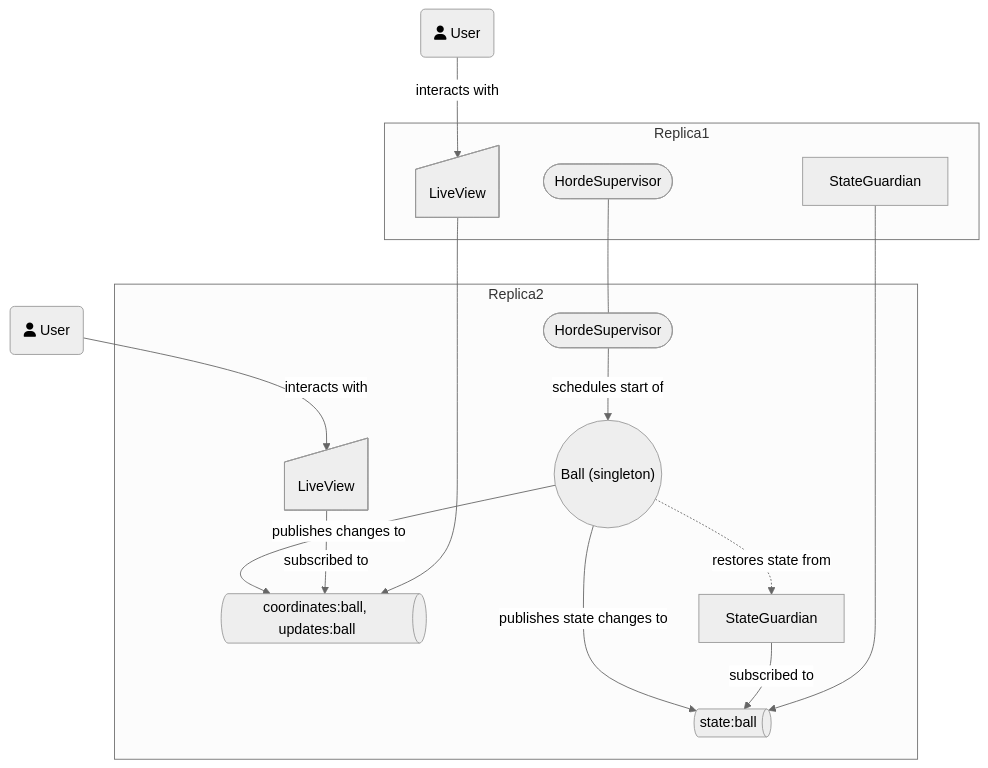
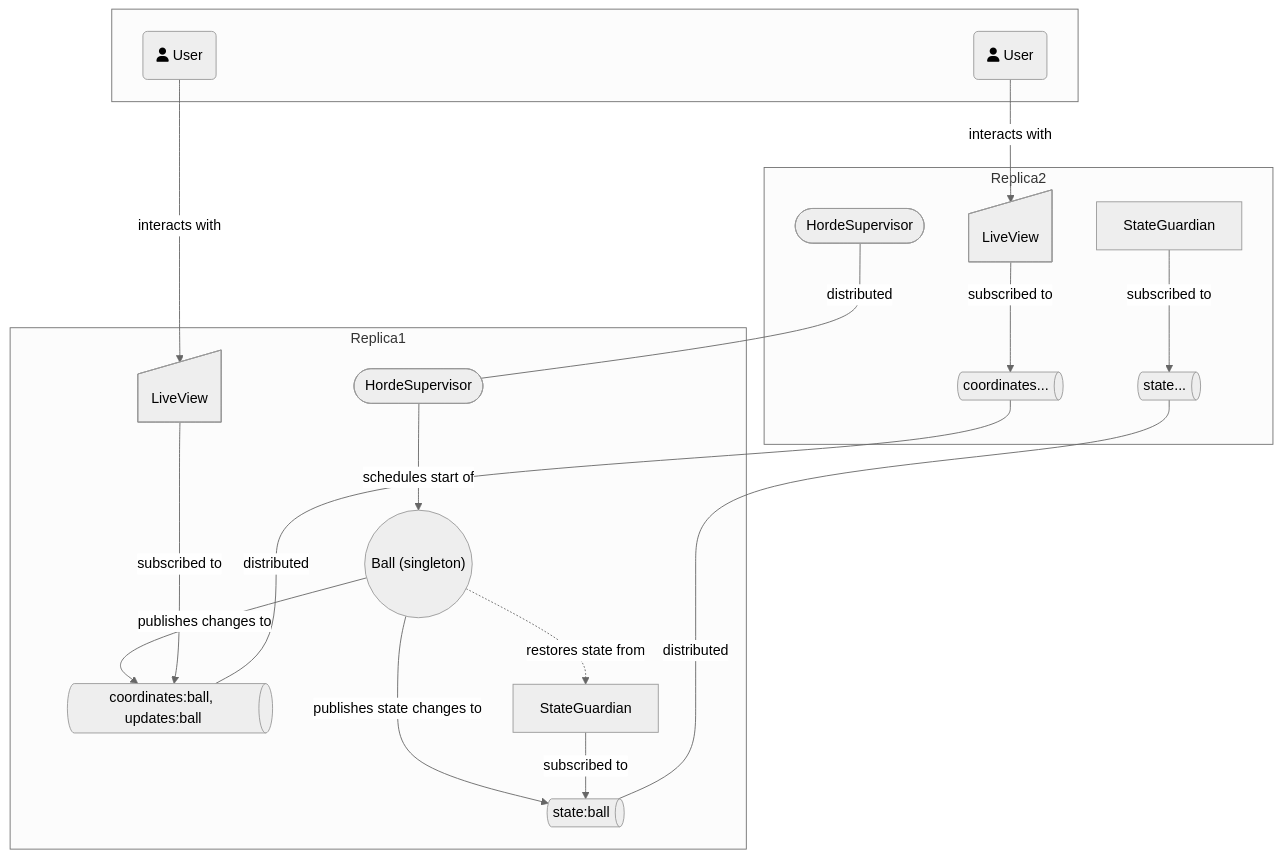
Before and after one commit to d-led/ssr-robust-live-svg: the diagram in README.md, drawn with Mermaid (neutral theme).

Commit message:
show the PubSub and the HordeSupervisor distribution explicitly

````diff
--- a/README.md
+++ b/README.md
@@ -102,19 +102,23 @@
 ```mermaid
-flowchart TB
-    User1("fa:fa-user User") -- interacts with --> LiveView2
-    User2("fa:fa-user User") -- interacts with --> LiveView1
-    subgraph Replica2
+flowchart TB   
+    subgraph Replica1
     HordeSupervisor1([HordeSupervisor]) -- schedules start of --> Ball
     Ball(("Ball (singleton)"))-- publishes state changes to -->BallStateTopic@{ shape: das, label: "state:ball" }
     %% Ball-- updates -->BallUpdatesTopic@{ shape: das, label: "updates:ball" }
     Ball-- publishes changes to -->BallCoordinatesTopic@{ shape: das, label: "coordinates:ball, updates:ball" }
     StateGuardian1[StateGuardian] -- subscribed to --> BallStateTopic
     Ball -. restores state from .-> StateGuardian1 
     LiveView1@{ shape: manual-input, label: "LiveView"} -- subscribed to --> BallCoordinatesTopic
     end
-    subgraph Replica1
-    StateGuardian2[StateGuardian] --> BallStateTopic
-    HordeSupervisor2([HordeSupervisor]) ---  HordeSupervisor1
-    LiveView2@{ shape: manual-input, label: "LiveView"} --> BallCoordinatesTopic
+    subgraph Replica2
+    BallStateTopic2@{ shape: das, label: "state..." } -- distributed --- BallStateTopic
+    StateGuardian2[StateGuardian] -- subscribed to --> BallStateTopic2
+    HordeSupervisor2([HordeSupervisor]) -- distributed ---  HordeSupervisor1
+    LiveView2@{ shape: manual-input, label: "LiveView"} -- subscribed to --> BallCoordinatesTopic0
+    BallCoordinatesTopic0@{ shape: das, label: "coordinates..." }-- distributed ---BallCoordinatesTopic
+    end
+    subgraph Users[" "]
+    User1("fa:fa-user User") -- interacts with --> LiveView2
+    User2("fa:fa-user User") -- interacts with --> LiveView1
     end
 ```
````
